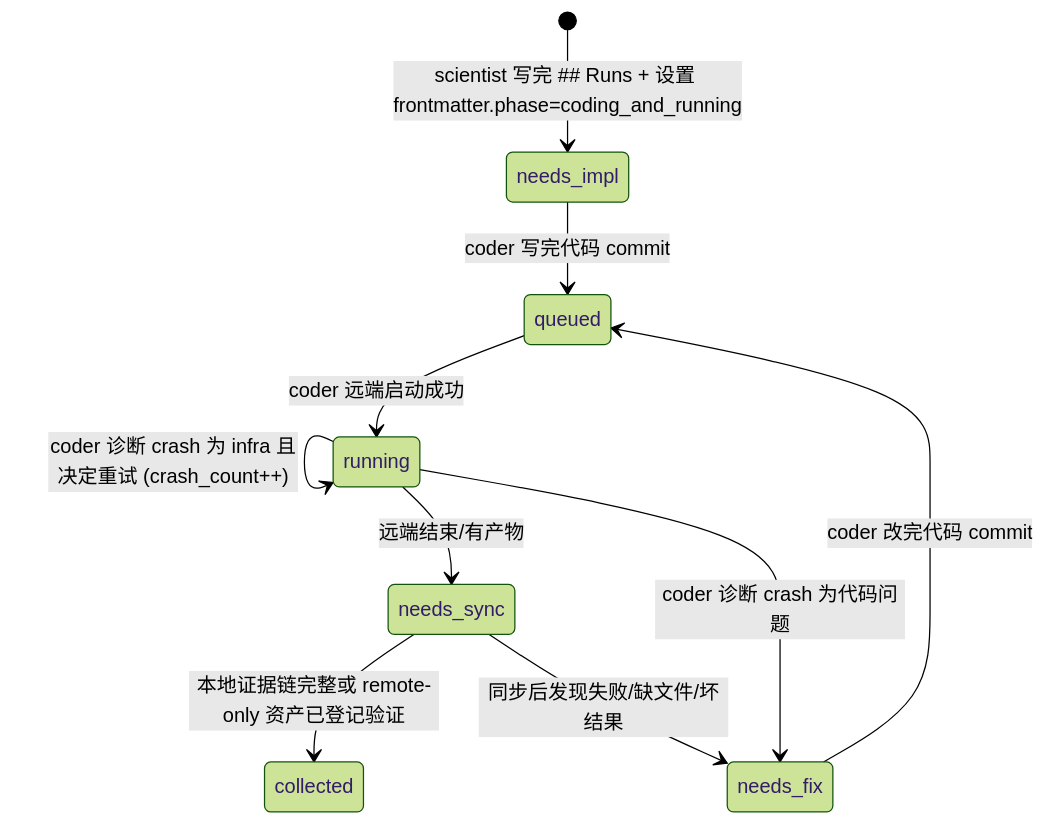
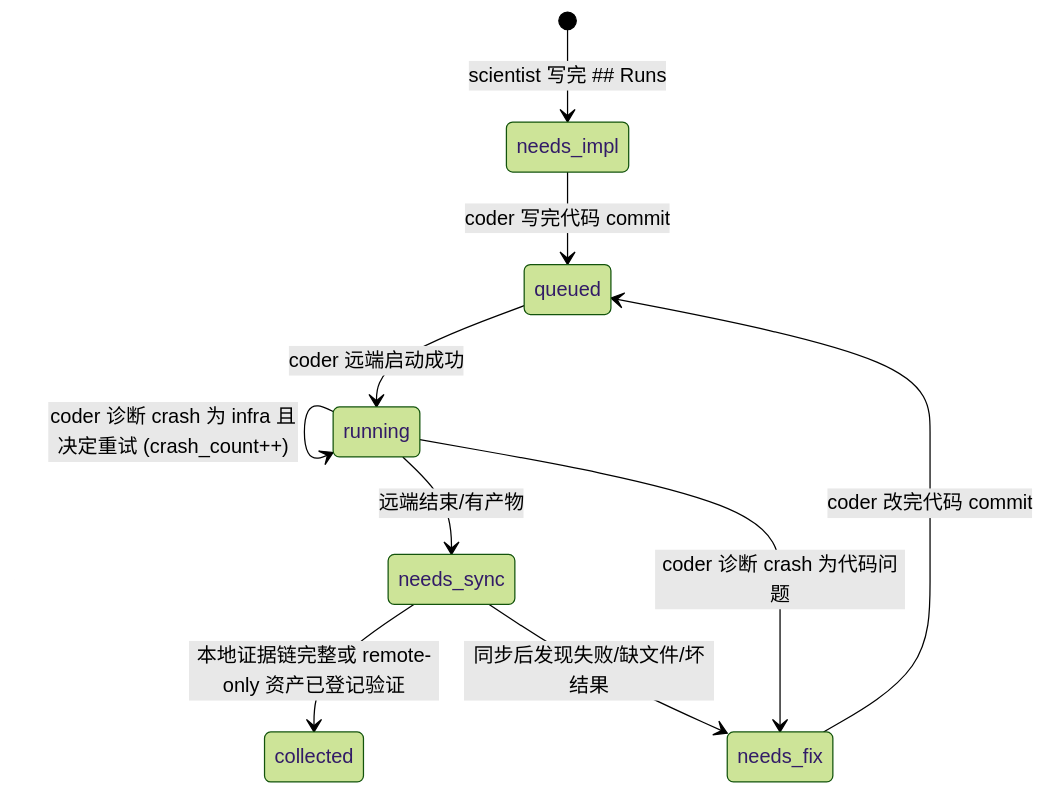
One commit to AutoResearch-Factory/Agon changed the second of 2 diagrams in references/experiment_manual.md. Above: the diagram before and after it, drawn with Mermaid (forest theme). The commit also changed other lines of this file and 7 other files, not shown here.

````diff
--- a/references/experiment_manual.md
+++ b/references/experiment_manual.md
@@ -125,13 +131,13 @@
 ```mermaid
 stateDiagram-v2
-    [*] --> needs_impl: scientist 写完 ## Runs + 设置 frontmatter.phase=coding_and_running
+    [*] --> needs_impl: scientist 写完 ## Runs
     needs_impl --> queued: coder 写完代码 commit
     queued --> running: coder 远端启动成功
     running --> running: coder 轮询探活, 存活
     running --> needs_sync: 远端结束/有产物
     needs_sync --> collected: 本地证据链完整或 remote-only 资产已登记验证
     needs_sync --> needs_fix: 同步后发现失败/缺文件/坏结果
     running --> needs_fix: coder 诊断 crash 为代码问题
     running --> running: coder 诊断 crash 为 infra 且决定重试 (crash_count++)
     needs_fix --> queued: coder 改完代码 commit
 ```
````
